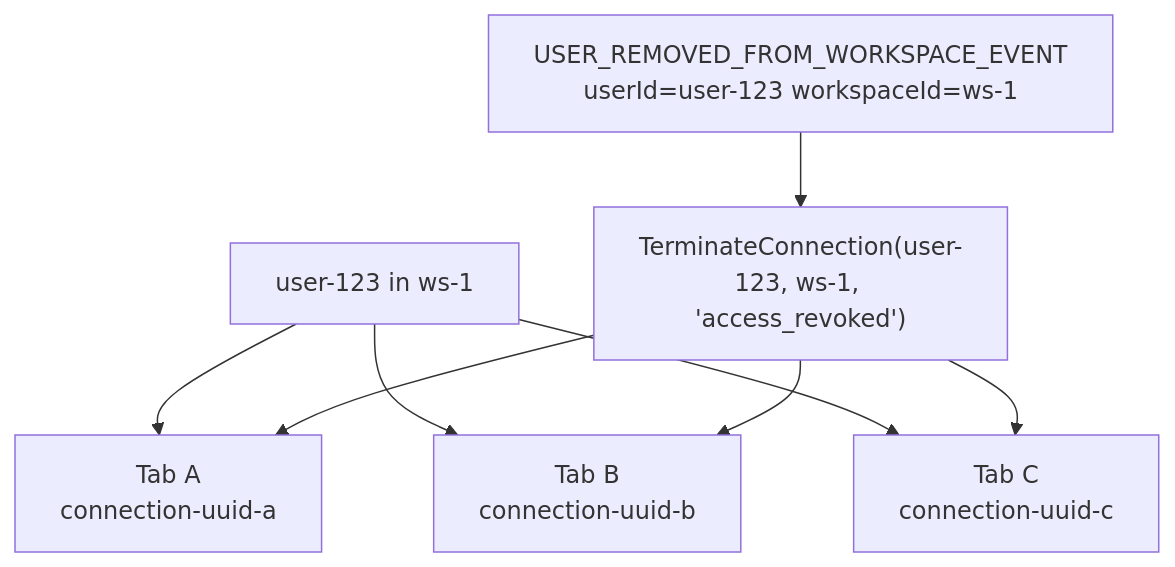
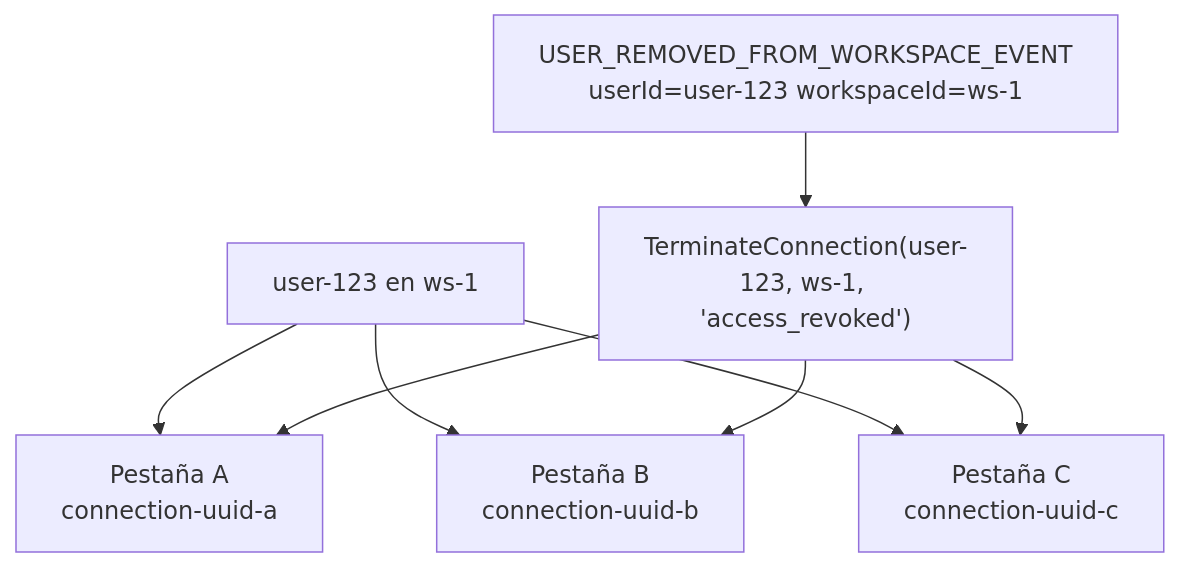
Before and after one commit to jlizarazoa/ColabBoard_Docs: the diagram in docs/sse-service/connection-management.md, drawn with Mermaid. The commit also changed other lines of this file and 29 other files, not shown here.

````diff
--- a/docs/sse-service/connection-management.md
+++ b/docs/sse-service/connection-management.md
@@ -48,19 +48,19 @@
 ```mermaid
 graph TD
-    User["user-123 in ws-1"]
-    ConnA["Tab A\nconnection-uuid-a"]
-    ConnB["Tab B\nconnection-uuid-b"]
-    ConnC["Tab C\nconnection-uuid-c"]
+    User["user-123 en ws-1"]
+    ConnA["Pestaña A\nconnection-uuid-a"]
+    ConnB["Pestaña B\nconnection-uuid-b"]
+    ConnC["Pestaña C\nconnection-uuid-c"]
 
     User --> ConnA
     User --> ConnB
     User --> ConnC
 
     Event["USER_REMOVED_FROM_WORKSPACE_EVENT\nuserId=user-123 workspaceId=ws-1"]
     Terminate["TerminateConnection(user-123, ws-1, 'access_revoked')"]
 
     Event --> Terminate
     Terminate --> ConnA
     Terminate --> ConnB
     Terminate --> ConnC
 ```
````
